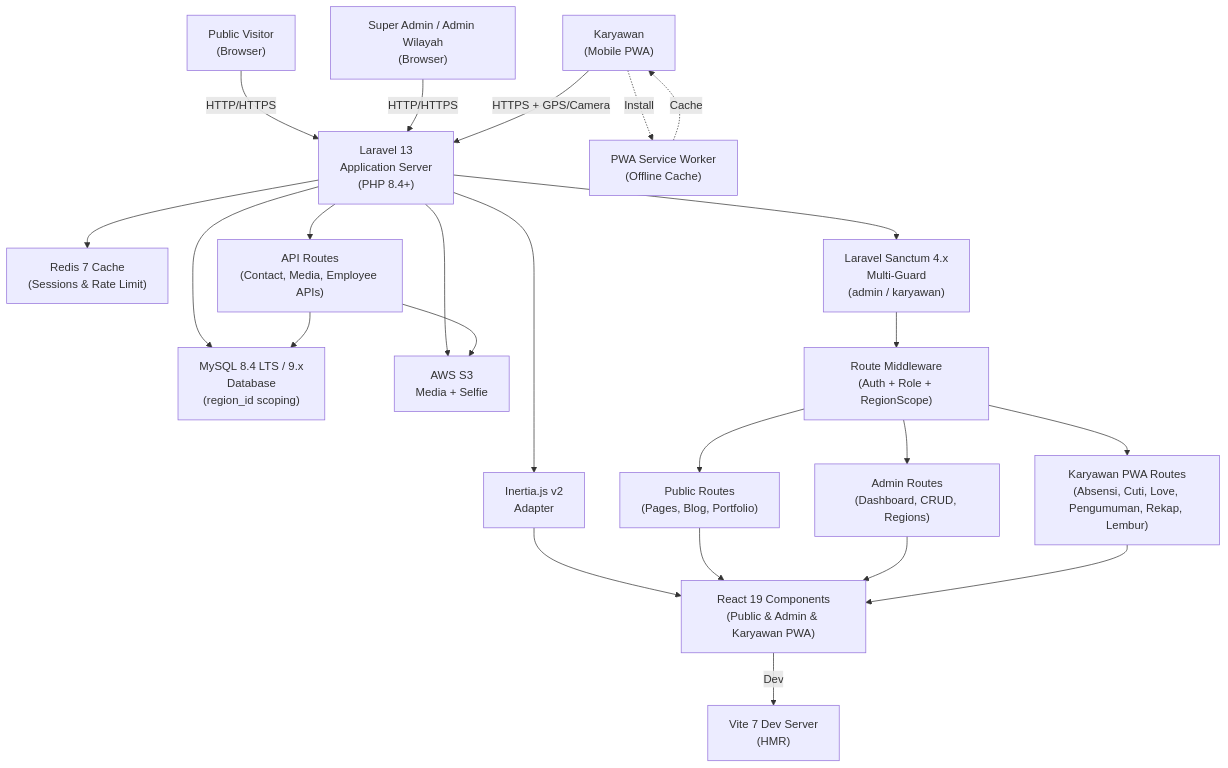
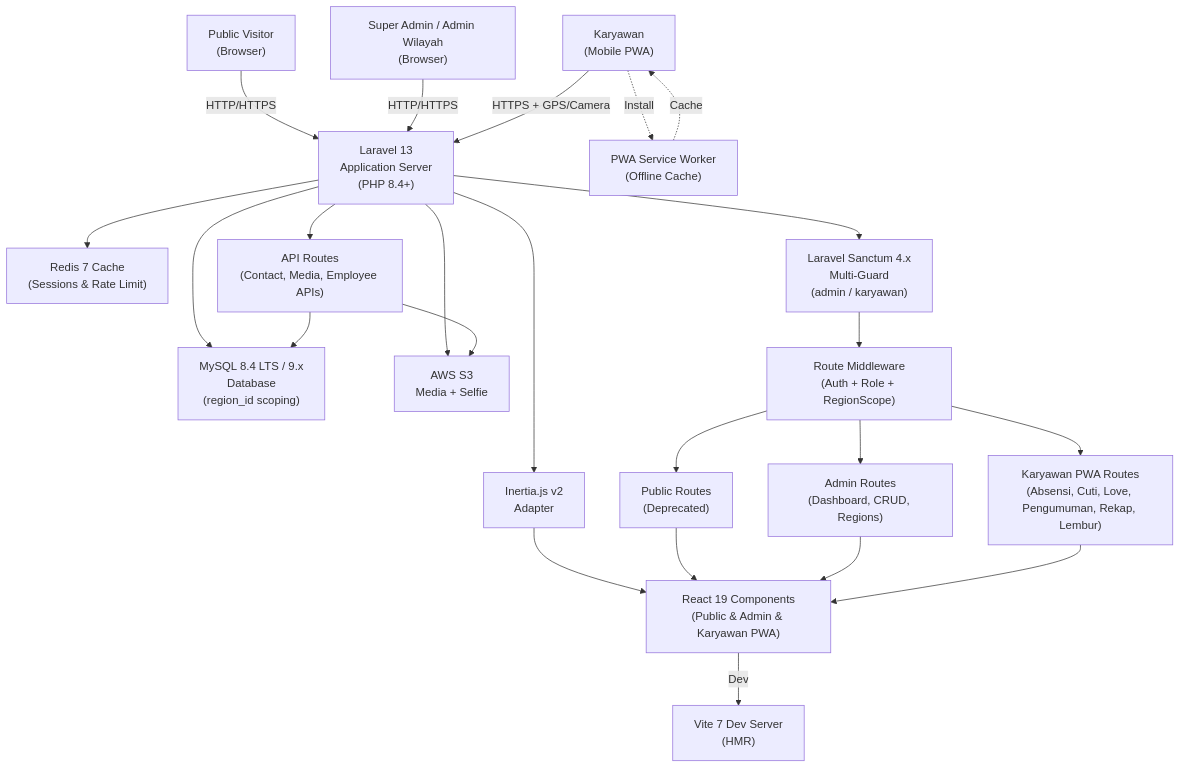
The first of 5 diagrams in prd-profilkorp/ARCHITECTURE.md (radacore/absensi-pu), drawn with Mermaid before and after one commit. The commit also changed other lines of this file and 9 other files, not shown here.

````diff
--- a/prd-profilkorp/ARCHITECTURE.md
+++ b/prd-profilkorp/ARCHITECTURE.md
@@ -9,53 +9,53 @@
 ```mermaid
 graph TD
     A["Public Visitor<br/>(Browser)"]
     B["Super Admin / Admin Wilayah<br/>(Browser)"]
     B2["Karyawan<br/>(Mobile PWA)"]
     
     C["Vite 7 Dev Server<br/>(HMR)"]
     D["Laravel 13<br/>Application Server<br/>(PHP 8.4+)"]
     E["Inertia.js v2<br/>Adapter"]
     F["React 19 Components<br/>(Public & Admin & Karyawan PWA)"]
     
     G["MySQL 8.4 LTS / 9.x<br/>Database<br/>(region_id scoping)"]
     H["AWS S3<br/>Media + Selfie"]
     I["Redis 7 Cache<br/>(Sessions & Rate Limit)"]
     
     J["Laravel Sanctum 4.x<br/>Multi-Guard<br/>(admin / karyawan)"]
     K["Route Middleware<br/>(Auth + Role + RegionScope)"]
     
-    L["Public Routes<br/>(Pages, Blog, Portfolio)"]
+    L["Public Routes<br/>(Deprecated)"]
     M["Admin Routes<br/>(Dashboard, CRUD, Regions)"]
     M2["Karyawan PWA Routes<br/>(Absensi, Cuti, Love, Pengumuman, Rekap, Lembur)"]
     N["API Routes<br/>(Contact, Media, Employee APIs)"]
     O["PWA Service Worker<br/>(Offline Cache)"]
     
     A -->|HTTP/HTTPS| D
     B -->|HTTP/HTTPS| D
     B2 -->|HTTPS + GPS/Camera| D
     B2 -.->|Install| O
     O -.->|Cache| B2
     
     D --> E
     E --> F
     
     F -->|Dev| C
     
     D --> G
     D --> H
     D --> I
     
     D --> J
     J --> K
     
     K --> L
     K --> M
     K --> M2
     D --> N
     
     L --> F
     M --> F
     M2 --> F
     N --> G
     N --> H
 ```
````
